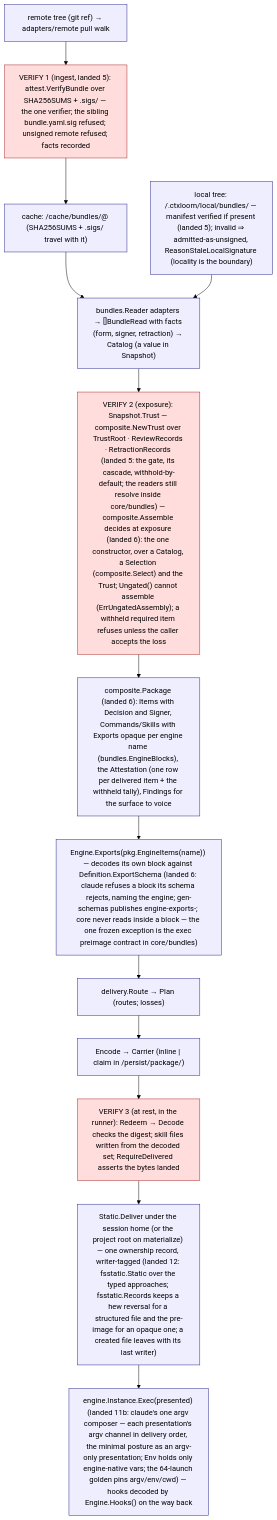
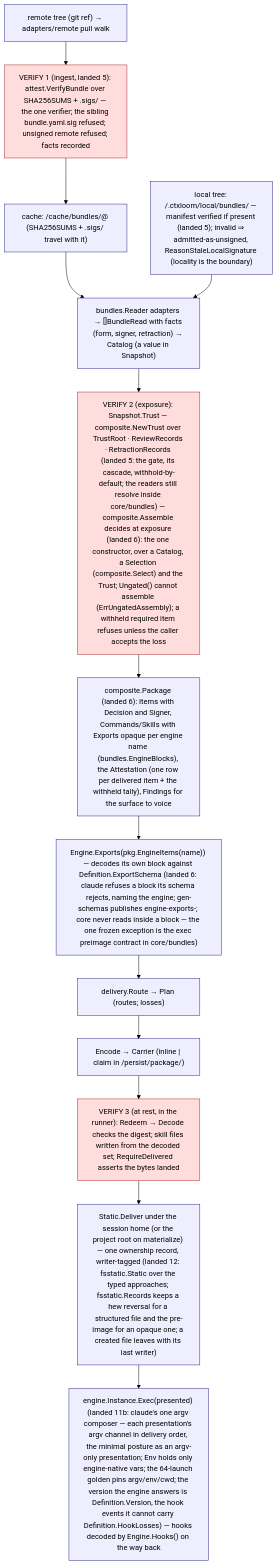
Before and after one commit to ctxloom/ctxloom: the fifth of 5 diagrams in docs/architecture/audit-2026-09-18/30-decided-architecture.md, drawn with Mermaid (forest theme). The commit also changed other lines of this file and 11 other files, not shown here.

First line of the commit message:
docs(architecture): 11b remainder landed — lm/* gone; the composition root, agent.Hosted and the port's two new facts

````diff
--- a/docs/architecture/audit-2026-09-18/30-decided-architecture.md
+++ b/docs/architecture/audit-2026-09-18/30-decided-architecture.md
@@ -3238,21 +3240,21 @@
 ```mermaid
 flowchart TB
   classDef v fill:#fdd,stroke:#a22
   classDef s fill:#eef,stroke:#228
   R["remote tree (git ref) → adapters/remote pull walk"]:::s
   V1["VERIFY 1 (ingest, landed 5): attest.VerifyBundle over SHA256SUMS + .sigs/ — the one verifier; the sibling bundle.yaml.sig refused; unsigned remote refused; facts recorded"]:::v
   C["cache: <app>/cache/bundles/<name>@<pin> (SHA256SUMS + .sigs/ travel with it)"]:::s
   L["local tree: <project>/.ctxloom/local/bundles/<name> — manifest verified if present (landed 5); invalid ⇒ admitted-as-unsigned, ReasonStaleLocalSignature (locality is the boundary)"]:::s
   RD["bundles.Reader adapters → []BundleRead with facts (form, signer, retraction) → Catalog (a value in Snapshot)"]:::s
   V2["VERIFY 2 (exposure): Snapshot.Trust — composite.NewTrust over TrustRoot · ReviewRecords · RetractionRecords (landed 5: the gate, its cascade, withhold-by-default; the readers still resolve inside core/bundles) — composite.Assemble decides at exposure (landed 6): the one constructor, over a Catalog, a Selection (composite.Select) and the Trust; Ungated() cannot assemble (ErrUngatedAssembly); a withheld required item refuses unless the caller accepts the loss"]:::v
   P["composite.Package (landed 6): Items with Decision and Signer, Commands/Skills with Exports opaque per engine name (bundles.EngineBlocks), the Attestation (one row per delivered item + the withheld tally), Findings for the surface to voice"]:::s
   E["Engine.Exports(pkg.EngineItems(name)) — decodes its own block against Definition.ExportSchema (landed 6: claude refuses a block its schema rejects, naming the engine; gen-schemas publishes engine-exports-<name>; core never reads inside a block — the one frozen exception is the exec preimage contract in core/bundles)"]:::s
   PL["delivery.Route → Plan (routes; losses)"]:::s
   ENC["Encode → Carrier (inline | claim in <harp>/persist/package/<digest>)"]:::s
   V3["VERIFY 3 (at rest, in the runner): Redeem → Decode checks the digest; skill files written from the decoded set; RequireDelivered asserts the bytes landed"]:::v
   D["Static.Deliver under the session home (or the project root on materialize) — one ownership record, writer-tagged (landed 12: fsstatic.Static over the typed approaches; fsstatic.Records keeps a hew reversal for a structured file and the pre-image for an opaque one; a created file leaves with its last writer)"]:::s
-  X["engine.Instance.Exec(presented) (landed 11b: claude's one argv composer — each presentation's argv channel in delivery order, the minimal posture as an argv-only presentation; Env holds only engine-native vars; the 64-launch golden pins argv/env/cwd) — hooks decoded by Engine.Hooks() on the way back"]:::s
+  X["engine.Instance.Exec(presented) (landed 11b: claude's one argv composer — each presentation's argv channel in delivery order, the minimal posture as an argv-only presentation; Env holds only engine-native vars; the 64-launch golden pins argv/env/cwd; the version the engine answers is Definition.Version, the hook events it cannot carry Definition.HookLosses) — hooks decoded by Engine.Hooks() on the way back"]:::s
   R --> V1 --> C --> RD
   L --> RD
   RD --> V2 --> P --> E --> PL --> ENC --> V3 --> D --> X
 ```
````
